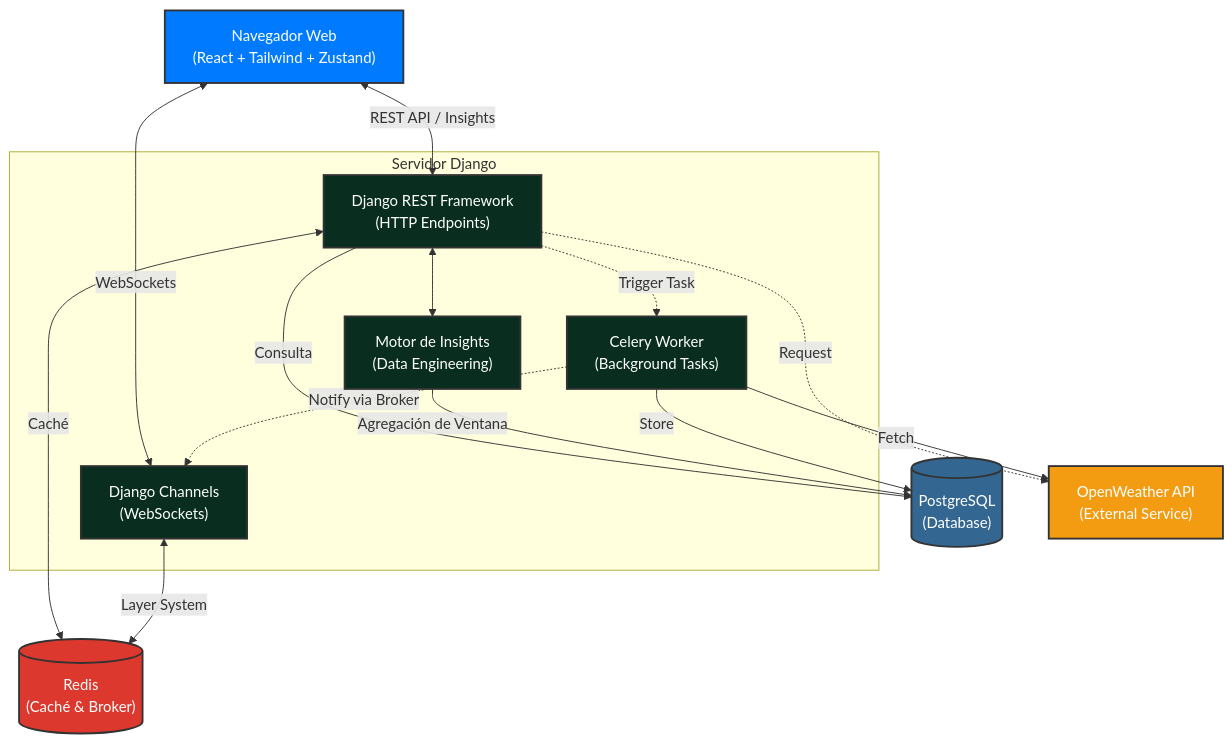
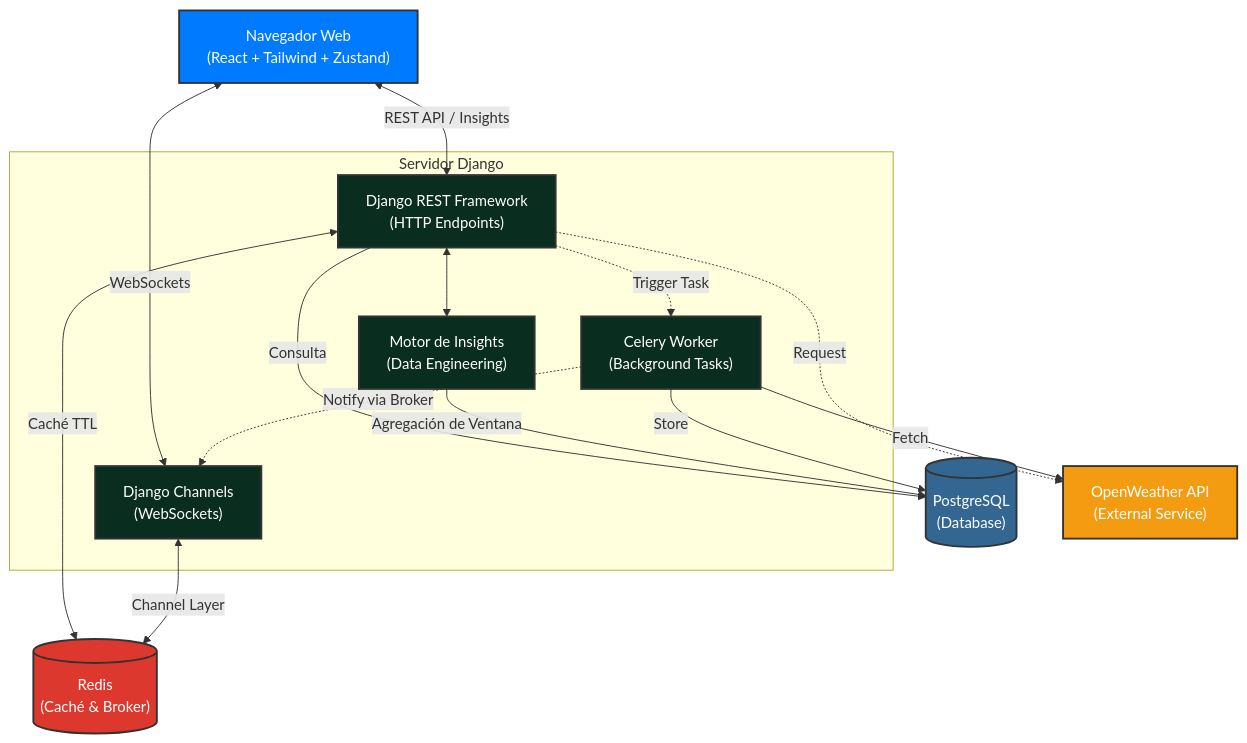
Before and after one commit to chrisoft94/enersinc-weather-dashboard: the diagram in README.md, drawn with Mermaid. The commit also changed other lines of this file, not shown here.

First line of the commit message:
Revise README for Weather Dashboard project

````diff
--- a/README.md
+++ b/README.md
@@ -9,41 +35,36 @@
 ```mermaid
 flowchart TD
-    %% Estilos mejorados
     classDef frontend fill:#007BFF,stroke:#333,stroke-width:2px,color:#fff
     classDef backend fill:#092e20,stroke:#333,stroke-width:2px,color:#fff
     classDef db fill:#336791,stroke:#333,stroke-width:2px,color:#fff
     classDef cache fill:#dc382d,stroke:#333,stroke-width:2px,color:#fff
     classDef external fill:#f39c12,stroke:#333,stroke-width:2px,color:#fff
 
-    %% Definición de Nodos
-    Client["Navegador Web<br/>(React + Tailwind + Zustand)"]:::frontend
-    
+    Client["Navegador Web\n(React + Tailwind + Zustand)"]:::frontend
+
     subgraph Django_App [Servidor Django]
-        DjangoAPI["Django REST Framework<br/>(HTTP Endpoints)"]:::backend
-        Insights["Motor de Insights<br/>(Data Engineering)"]:::backend
-        Channels["Django Channels<br/>(WebSockets)"]:::backend
-        Celery["Celery Worker<br/>(Background Tasks)"]:::backend
+        DjangoAPI["Django REST Framework\n(HTTP Endpoints)"]:::backend
+        Insights["Motor de Insights\n(Data Engineering)"]:::backend
+        Channels["Django Channels\n(WebSockets)"]:::backend
+        Celery["Celery Worker\n(Background Tasks)"]:::backend
     end
 
-    Redis[("Redis<br/>(Caché & Broker)")]:::cache
-    PostgreSQL[("PostgreSQL<br/>(Database)")]:::db
-    OpenWeather["OpenWeather API<br/>(External Service)"]:::external
+    Redis[("Redis\n(Caché & Broker)")]:::cache
+    PostgreSQL[("PostgreSQL\n(Database)")]:::db
+    OpenWeather["OpenWeather API\n(External Service)"]:::external
 
-    %% Flujos de Comunicación
     Client <-->|REST API / Insights| DjangoAPI
     DjangoAPI <--> Insights
     Client <-->|WebSockets| Channels
-    
-    %% Lógica Interna
+
     DjangoAPI -->|Consulta| PostgreSQL
     Insights -->|Agregación de Ventana| PostgreSQL
-    DjangoAPI <-->|Caché| Redis
+    DjangoAPI <-->|Caché TTL| Redis
     DjangoAPI -.->|Request| OpenWeather
-    
-    %% Conexiones de Mensajería y Workers
-    Channels <-->|Layer System| Redis
+
+    Channels <-->|Channel Layer| Redis
     Celery -->|Fetch| OpenWeather
     Celery -->|Store| PostgreSQL
     Celery -.->|Notify via Broker| Channels
     DjangoAPI -.->|Trigger Task| Celery
 ```
````
